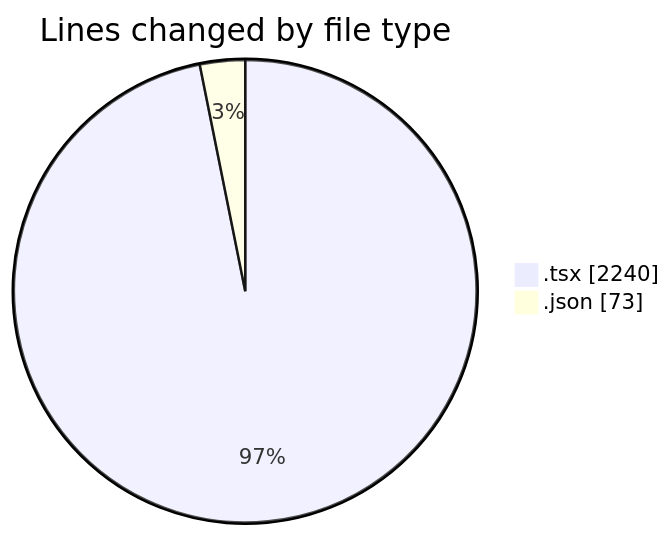
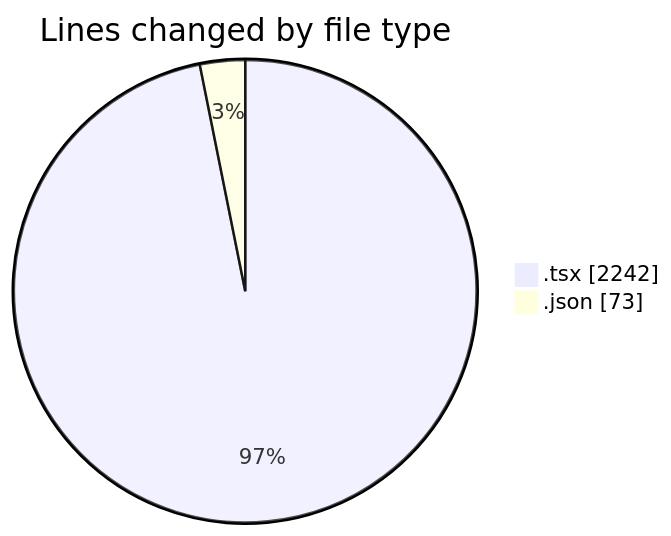
One commit to momahboobian/code-tracking changed the first of 2 diagrams in 2025-10-02/cda/README.md. Above: the diagram before and after it, drawn with Mermaid. The commit also changed other lines of this file and 1 other file, not shown here.

````diff
--- a/2025-10-02/cda/README.md
+++ b/2025-10-02/cda/README.md
@@ -23,6 +23,6 @@
 ```mermaid
 pie showData
 title Lines changed by file type
-".tsx" : 2240
+".tsx" : 2242
 ".json" : 73
 ```
````
